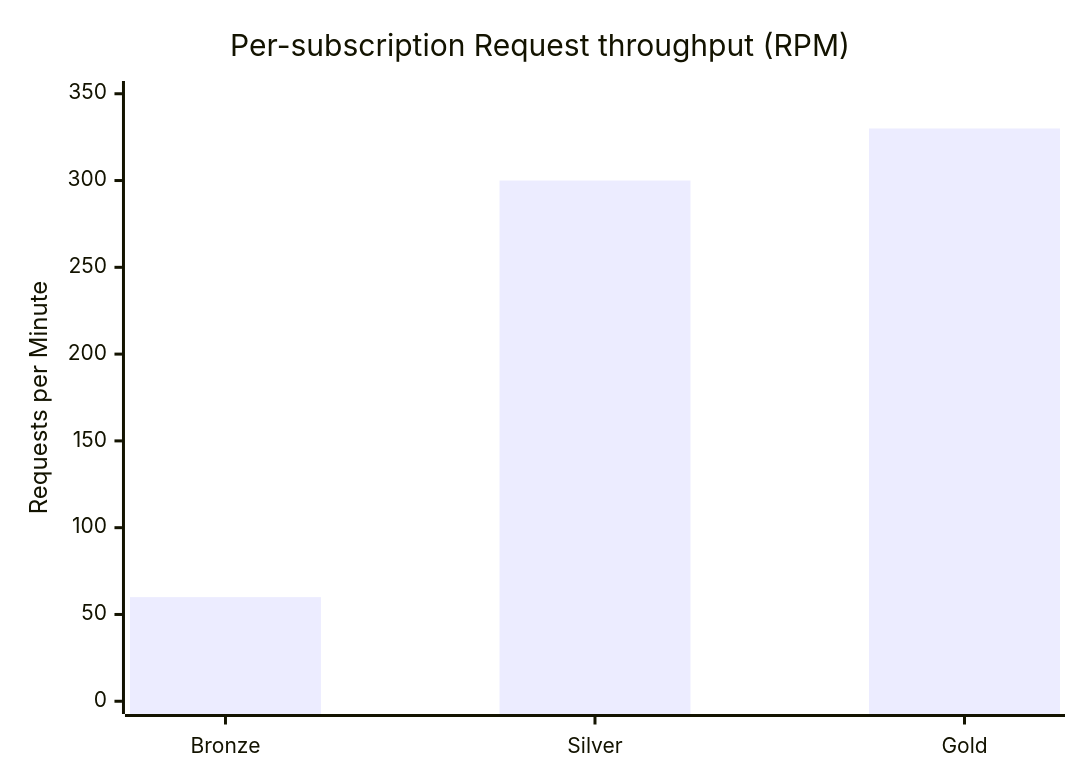
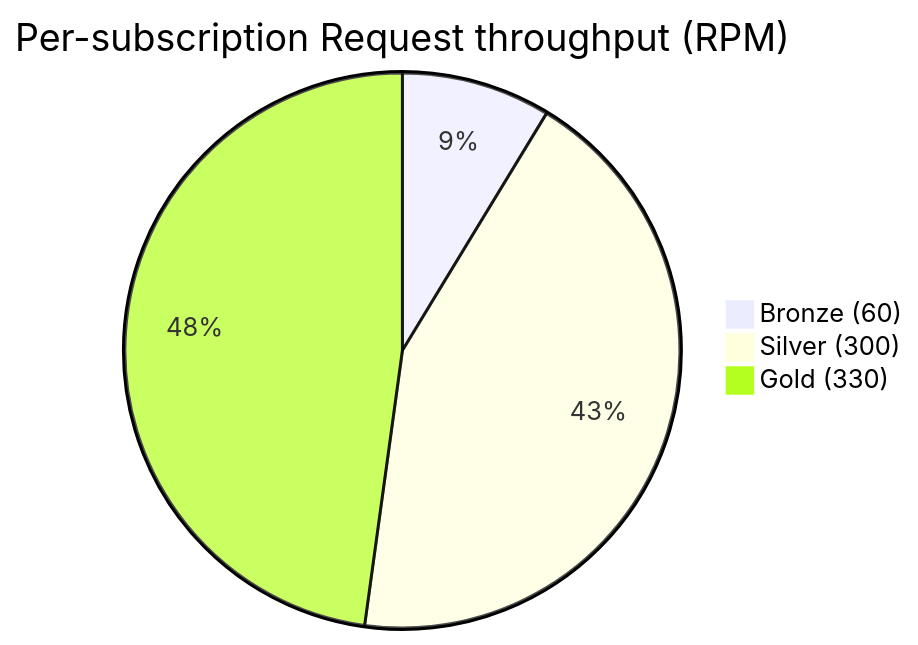
Before and after one commit to briandenicola/ai-azure-ai-as-a-service: the third of 4 diagrams in README.md, drawn with Mermaid. The commit also changed other lines of this file and 4 other files, not shown here.

````diff
--- a/README.md
+++ b/README.md
@@ -166,7 +189,6 @@
 ```mermaid
-xychart-beta
-    title "Per-subscription Request throughput (RPM)"
-    x-axis ["Bronze", "Silver", "Gold"]
-    y-axis "Requests per Minute" 0 --> 350
-    bar [60, 300, 330]
+pie title Per-subscription Request throughput (RPM)
+    "Bronze (60)" : 60
+    "Silver (300)" : 300
+    "Gold (330)" : 330
 ```
````
